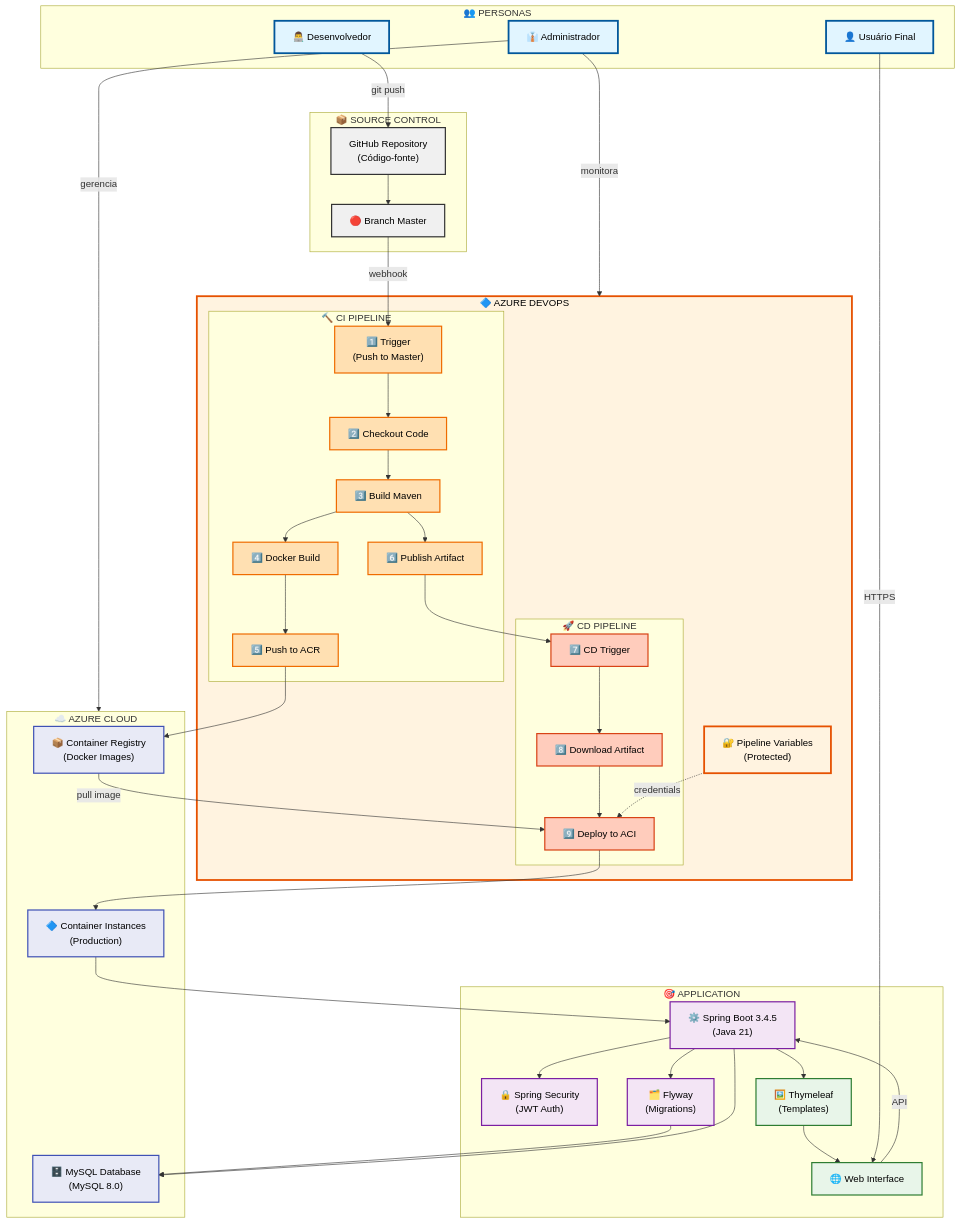
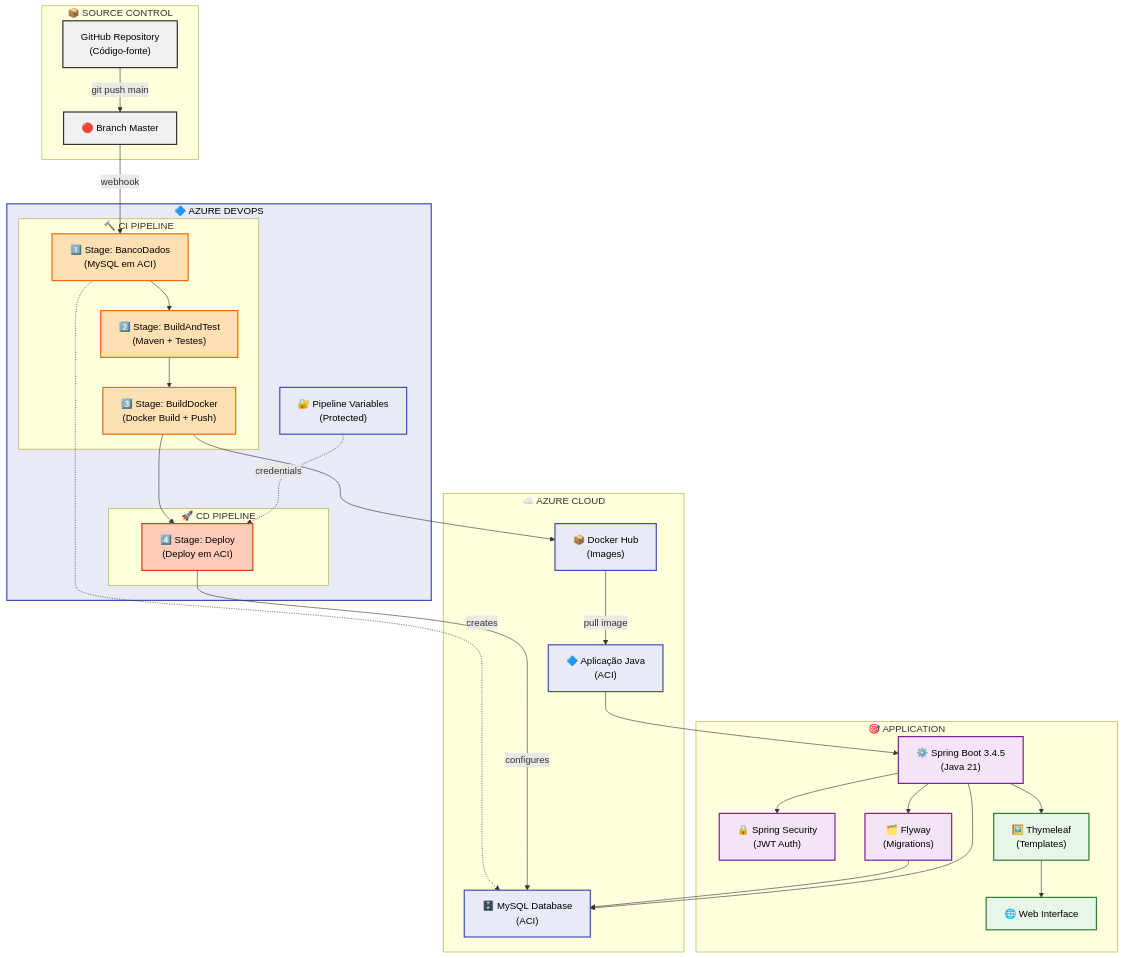
One commit to thejaobiell/MottuFlowDevops changed the diagram in README.md. Above: the diagram before and after it, drawn with Mermaid. The commit also changed other lines of this file and 5 other files, not shown here.

````diff
--- a/README.md
+++ b/README.md
@@ -47,11 +49,5 @@
 ```mermaid
 graph TB
-    subgraph Personas["👥 PERSONAS"]
-        DEV["👨‍💻 Desenvolvedor"]
-        USER["👤 Usuário Final"]
-        ADMIN["👔 Administrador"]
-    end
-    
     subgraph GitHub["📦 SOURCE CONTROL"]
         REPO["GitHub Repository<br/>(Código-fonte)"]
         MASTER["🔴 Branch Master"]
@@ -61,25 +57,20 @@
         VARIABLES["🔐 Pipeline Variables<br/>(Protected)"]
         
         subgraph CI["🔨 CI PIPELINE"]
-            TRIGGER["1️⃣ Trigger<br/>(Push to Master)"]
-            CHECKOUT["2️⃣ Checkout Code"]
-            BUILD["3️⃣ Build Maven"]
-            DOCKER_BUILD["4️⃣ Docker Build"]
-            PUSH_ACR["5️⃣ Push to ACR"]
-            ARTIFACT["6️⃣ Publish Artifact"]
+            BancoDados["1️⃣ Stage: BancoDados<br/>(MySQL em ACI)"]
+            BuildAndTest["2️⃣ Stage: BuildAndTest<br/>(Maven + Testes)"]
+            BuildDocker["3️⃣ Stage: BuildDocker<br/>(Docker Build + Push)"]
         end
         
         subgraph CD["🚀 CD PIPELINE"]
-            CD_TRIGGER["7️⃣ CD Trigger"]
-            DOWNLOAD["8️⃣ Download Artifact"]
-            DEPLOY_ACI["9️⃣ Deploy to ACI"]
+            Deploy["4️⃣ Stage: Deploy<br/>(Deploy em ACI)"]
         end
     end
     
     subgraph Azure["☁️ AZURE CLOUD"]
-        ACR["📦 Container Registry<br/>(Docker Images)"]
-        ACI["🔷 Container Instances<br/>(Production)"]
-        MYSQL["🗄️ MySQL Database<br/>(MySQL 8.0)"]
+        DB["🗄️ MySQL Database<br/>(ACI)"]
+        APP["🔷 Aplicação Java<br/>(ACI)"]
+        DOCKERHUB["📦 Docker Hub<br/>(Images)"]
     end
     
     subgraph Application["🎯 APPLICATION"]
@@ -91,59 +82,44 @@
     end
     
     %% Fluxo Principal
-    DEV -->|"git push"| REPO
-    REPO --> MASTER
-    MASTER -->|"webhook"| TRIGGER
+    REPO -->|"git push main"| MASTER
+    MASTER -->|"webhook"| BancoDados
     
     %% CI Flow
-    TRIGGER --> CHECKOUT
-    CHECKOUT --> BUILD
-    BUILD --> DOCKER_BUILD
-    DOCKER_BUILD --> PUSH_ACR
-    PUSH_ACR --> ACR
-    BUILD --> ARTIFACT
+    BancoDados --> BuildAndTest
+    BuildAndTest --> BuildDocker
+    BuildDocker --> DOCKERHUB
     
     %% CD Flow
-    ARTIFACT --> CD_TRIGGER
-    CD_TRIGGER --> DOWNLOAD
-    DOWNLOAD --> DEPLOY_ACI
-    VARIABLES -.->|"credentials"| DEPLOY_ACI
-    ACR -->|"pull image"| DEPLOY_ACI
-    DEPLOY_ACI --> ACI
+    BuildDocker --> Deploy
+    VARIABLES -.->|"credentials"| Deploy
+    DOCKERHUB -->|"pull image"| APP
+    
+    %% Database
+    BancoDados -.->|"creates"| DB
+    Deploy -->|"configures"| DB
     
     %% Application Stack
-    ACI --> SPRING
+    APP --> SPRING
     SPRING --> SECURITY
     SPRING --> FLYWAY
     SPRING --> THYMELEAF
-    FLYWAY --> MYSQL
-    SPRING --> MYSQL
+    FLYWAY --> DB
+    SPRING --> DB
     THYMELEAF --> WEB
     
-    %% User Access
-    USER -->|"HTTPS"| WEB
-    WEB -->|"API"| SPRING
-    
-    %% Admin
-    ADMIN -->|"monitora"| AzureDevOps
-    ADMIN -->|"gerencia"| Azure
-    
     %% Estilos
-    classDef persona fill:#e1f5ff,stroke:#01579b,stroke-width:3px,color:#000
     classDef github fill:#f0f0f0,stroke:#333,stroke-width:2px,color:#000
-    classDef azuredevops fill:#fff3e0,stroke:#e65100,stroke-width:3px,color:#000
     classDef ci fill:#ffe0b2,stroke:#ef6c00,stroke-width:2px,color:#000
     classDef cd fill:#ffccbc,stroke:#d84315,stroke-width:2px,color:#000
     classDef azure fill:#e8eaf6,stroke:#3f51b5,stroke-width:2px,color:#000
     classDef app fill:#f3e5f5,stroke:#7b1fa2,stroke-width:2px,color:#000
     classDef web fill:#e8f5e9,stroke:#2e7d32,stroke-width:2px,color:#000
     
-    class DEV,USER,ADMIN persona
     class REPO,MASTER github
-    class TRIGGER,CHECKOUT,BUILD,DOCKER_BUILD,PUSH_ACR,ARTIFACT ci
-    class CD_TRIGGER,DOWNLOAD,DEPLOY_ACI cd
-    class VARIABLES,AzureDevOps azuredevops
-    class ACR,ACI,MYSQL azure
+    class BancoDados,BuildAndTest,BuildDocker ci
+    class Deploy cd
+    class VARIABLES,AzureDevOps,DB,APP,DOCKERHUB azure
     class SPRING,SECURITY,FLYWAY app
     class THYMELEAF,WEB web
 ```
````
